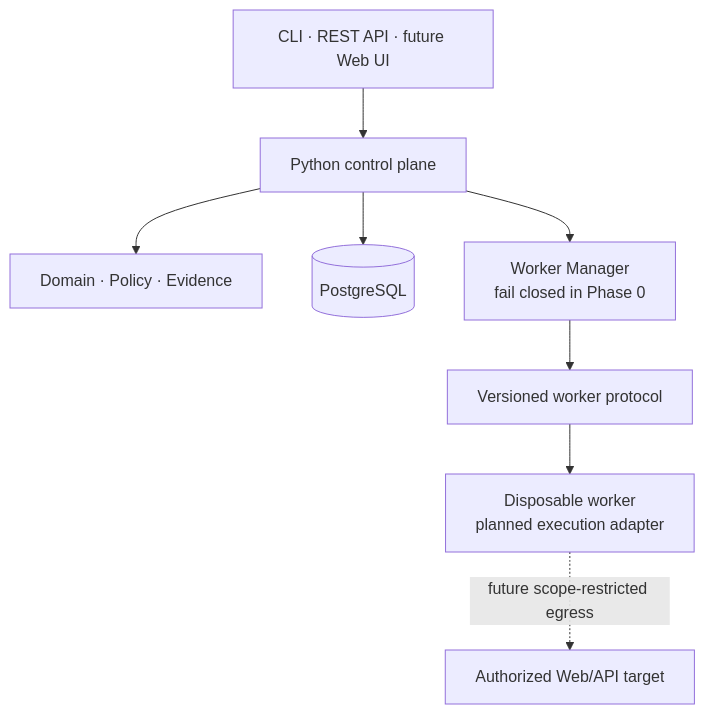
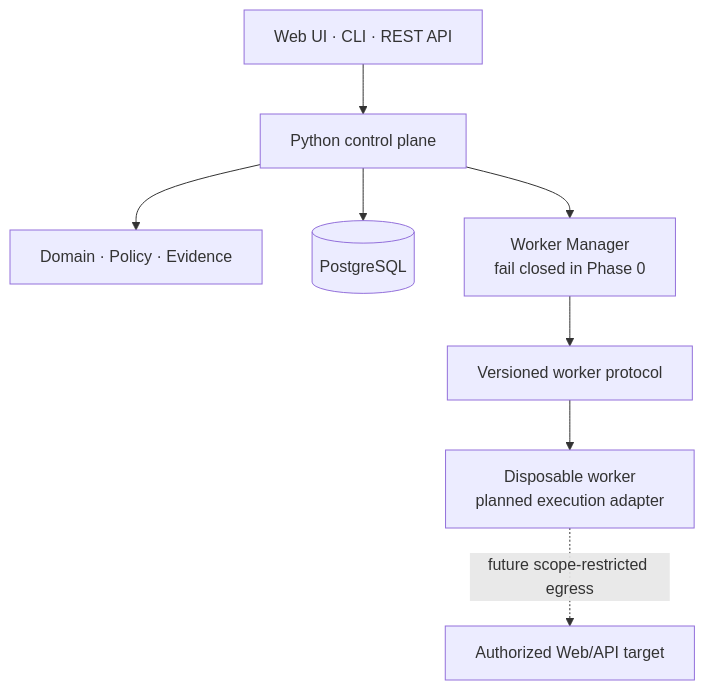
Before and after one commit to and910805/vuln-proof-claw: the diagram in README.md, drawn with Mermaid. The commit also changed other lines of this file and 33 other files, not shown here.

````diff
--- a/README.md
+++ b/README.md
@@ -139,10 +141,10 @@
 ```mermaid
 flowchart TD
-    Clients["CLI · REST API · future Web UI"] --> Control["Python control plane"]
+    Clients["Web UI · CLI · REST API"] --> Control["Python control plane"]
     Control --> Domain["Domain · Policy · Evidence"]
     Control --> Database[("PostgreSQL")]
     Control --> Manager["Worker Manager<br/>fail closed in Phase 0"]
     Manager --> Protocol["Versioned worker protocol"]
     Protocol --> Worker["Disposable worker<br/>planned execution adapter"]
     Worker -. "future scope-restricted egress" .-> Target["Authorized Web/API target"]
 ```
````
